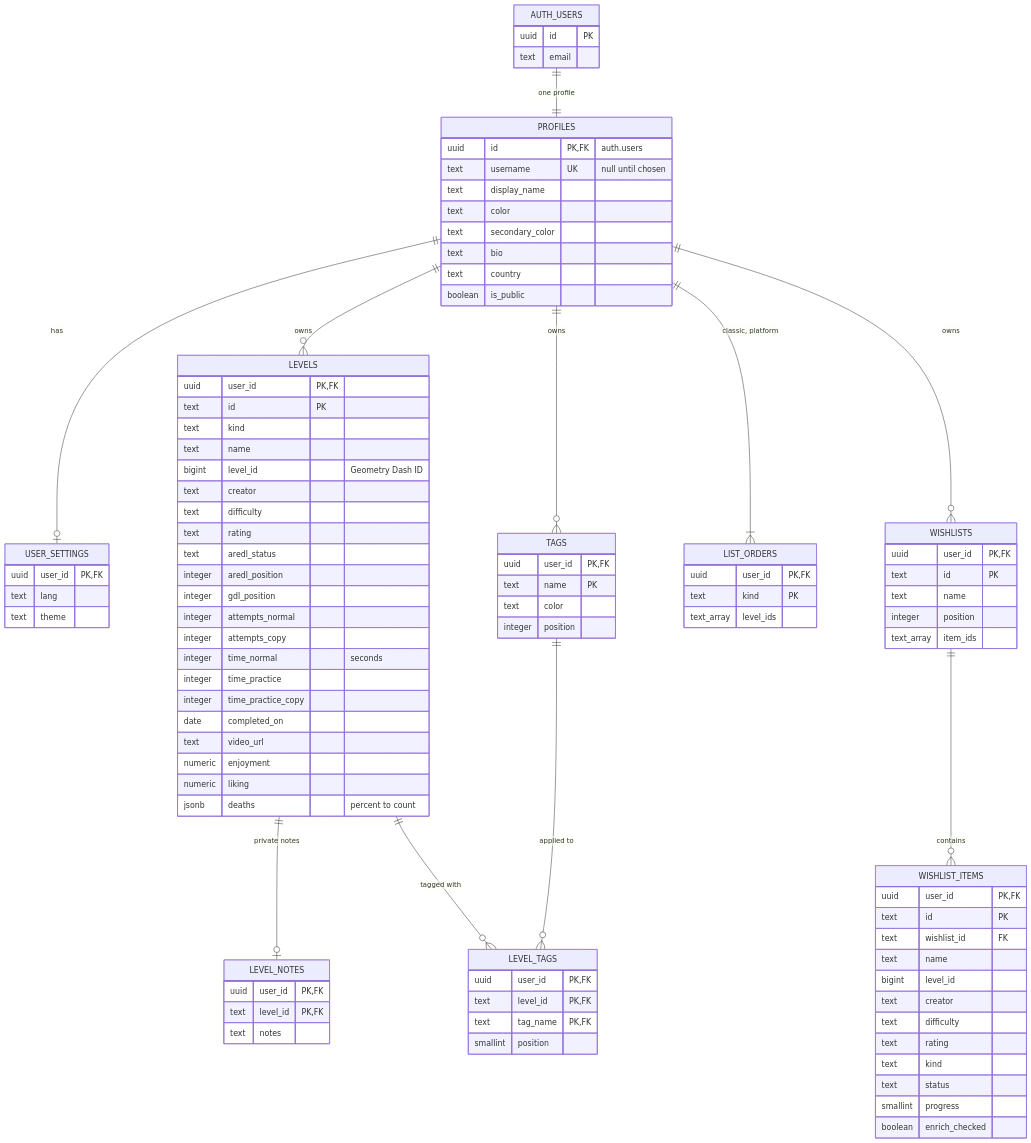
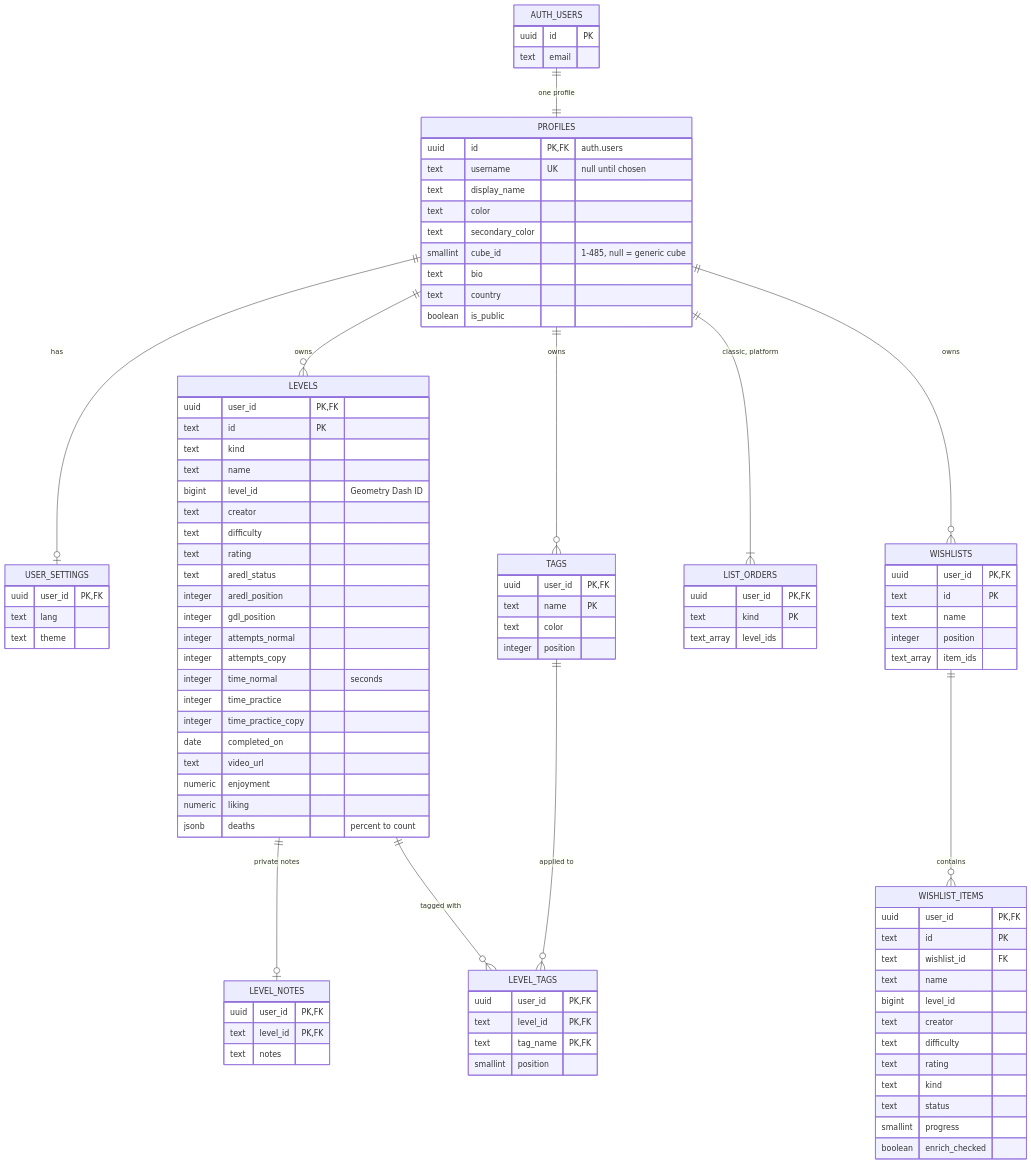
Before and after one commit to Wal-014/Personal-Progress-List: the diagram in docs/cloud-accounts.md, drawn with Mermaid. The commit also changed 14 other files, not shown here.

```diff
--- a/docs/cloud-accounts.md
+++ b/docs/cloud-accounts.md
@@ -55,6 +55,7 @@
     text display_name
     text color
     text secondary_color
+    smallint cube_id "1-485, null = generic cube"
     text bio
     text country
     boolean is_public
```
